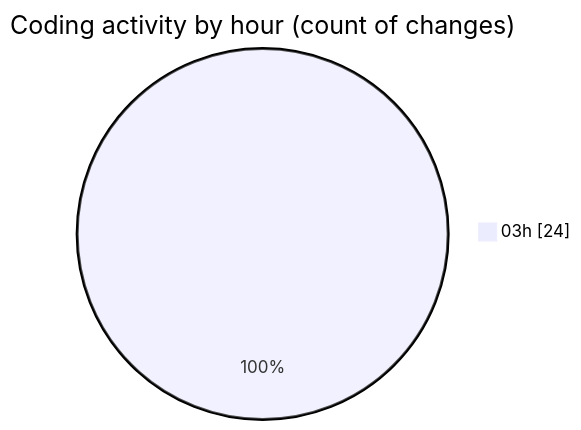
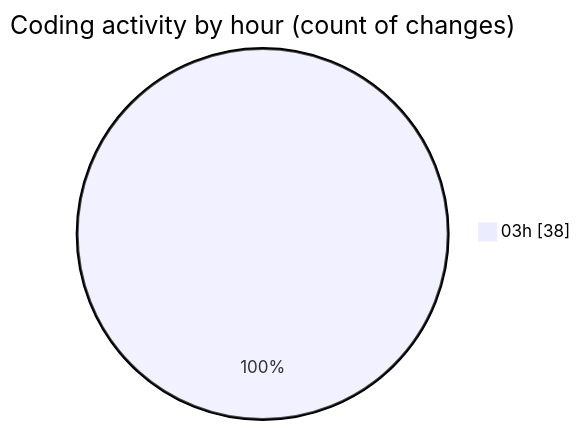
Before and after one commit to Ritupan-Deka/code-tracking: the second of 2 diagrams in 2025-05-23/projects/README.md, drawn with Mermaid. The commit also changed other lines of this file and 1 other file, not shown here.

````diff
--- a/2025-05-23/projects/README.md
+++ b/2025-05-23/projects/README.md
@@ -28,5 +28,5 @@
 ```mermaid
 pie showData
 title Coding activity by hour (count of changes)
-"03h" : 24
+"03h" : 38
 ```
````
